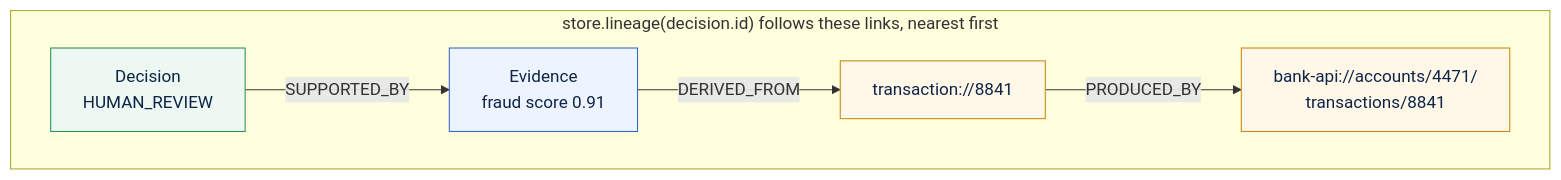
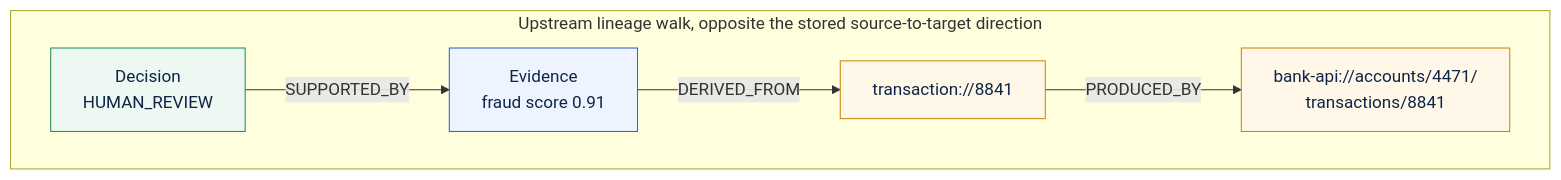
Before and after one commit to smuniharish/agxai: the diagram in diagrams/provenance-flow.mmd, drawn with Mermaid. The commit also changed 49 other files, not shown here.

```diff
--- a/diagrams/provenance-flow.mmd
+++ b/diagrams/provenance-flow.mmd
@@ -1,13 +1,13 @@
 flowchart LR
     classDef source fill:#fff7e8,stroke:#c98a12,color:#0f2547
     classDef artifact fill:#eef4ff,stroke:#3567c7,color:#0f2547
     classDef decision fill:#ecf8f1,stroke:#2f8f5b,color:#0f2547
 
-    subgraph Walk["store.lineage(decision.id) follows these links, nearest first"]
+    subgraph Walk["Upstream lineage walk, opposite the stored source-to-target direction"]
         direction LR
         decision["Decision<br/>HUMAN_REVIEW"]:::decision
         score["Evidence<br/>fraud score 0.91"]:::artifact
         txn["transaction://8841"]:::source
         api["bank-api://accounts/4471/<br/>transactions/8841"]:::source
         decision -- "SUPPORTED_BY" --> score -- "DERIVED_FROM" --> txn -- "PRODUCED_BY" --> api
     end
```
